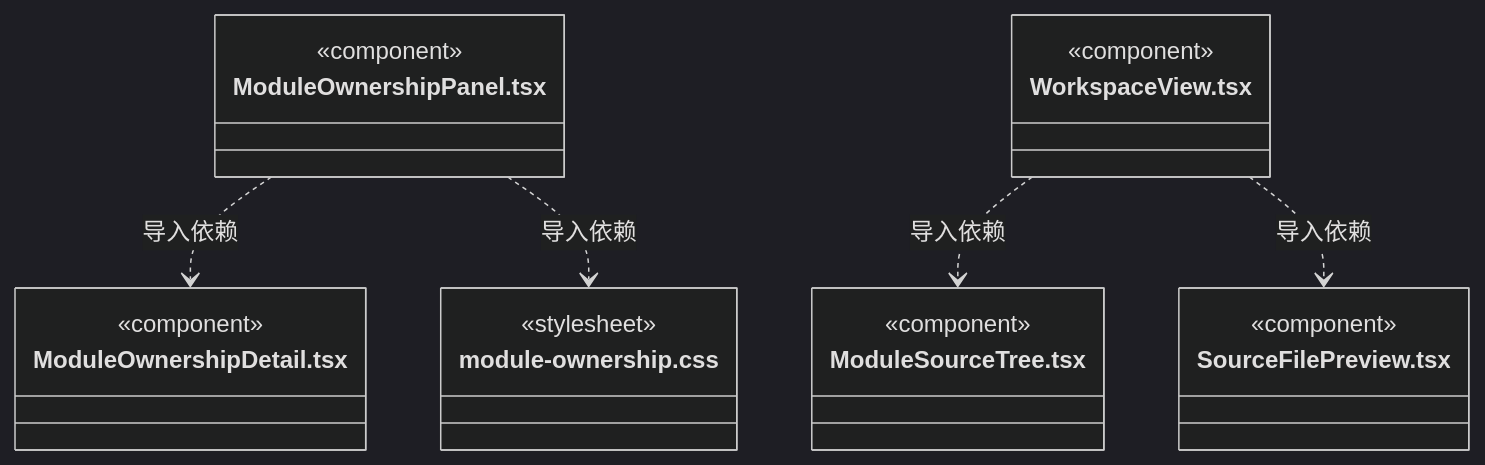
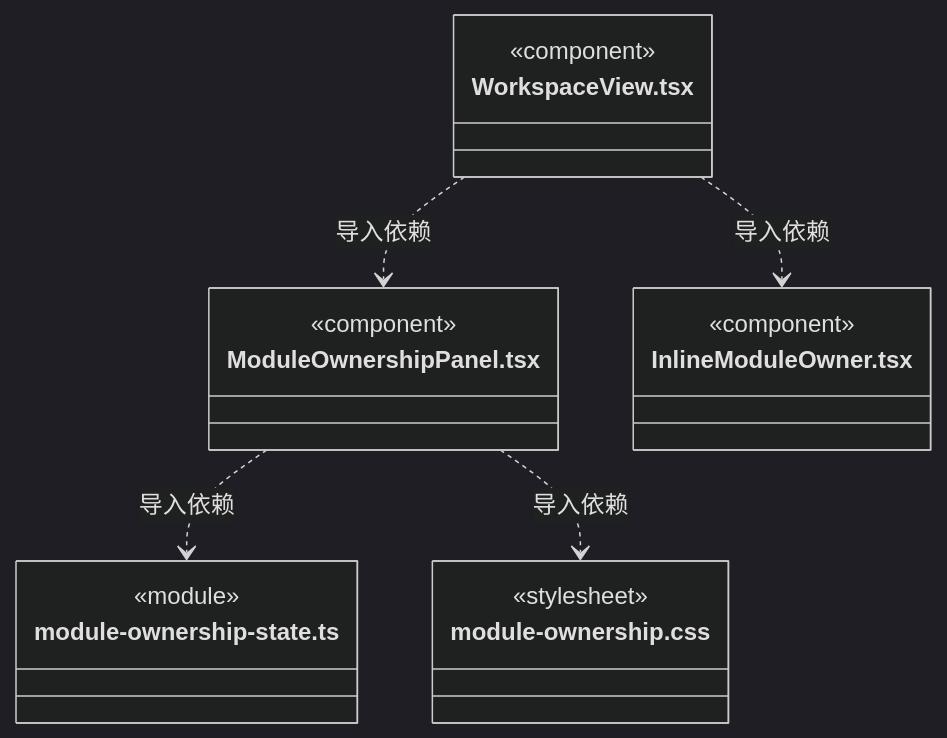
Diagram 19 of 20 in src/view/workspace/ARCHITECTURE.md (nan023062/cbim), drawn with Mermaid (dark theme) before and after one commit. The commit also changed other lines of this file and 112 other files, not shown here.

Commit message:
docs: align source architecture with current declarations and contracts

````diff
--- a/src/view/workspace/ARCHITECTURE.md
+++ b/src/view/workspace/ARCHITECTURE.md
@@ -486,25 +489,22 @@
 ```mermaid
 classDiagram
 class N_src_view_workspace_ModuleOwnershipPanel_tsx["ModuleOwnershipPanel.tsx"] {
   <<component>>
 }
-class N_src_view_workspace_ModuleOwnershipDetail_tsx["ModuleOwnershipDetail.tsx"] {
-  <<component>>
+class N_src_view_workspace_module_ownership_state_ts["module-ownership-state.ts"] {
+  <<module>>
 }
 class N_src_view_workspace_module_ownership_css["module-ownership.css"] {
   <<stylesheet>>
 }
 class N_src_view_workspace_WorkspaceView_tsx["WorkspaceView.tsx"] {
   <<component>>
 }
-class N_src_view_workspace_ModuleSourceTree_tsx["ModuleSourceTree.tsx"] {
+class N_src_view_workspace_InlineModuleOwner_tsx["InlineModuleOwner.tsx"] {
   <<component>>
 }
-class N_src_view_workspace_SourceFilePreview_tsx["SourceFilePreview.tsx"] {
-  <<component>>
-}
-N_src_view_workspace_ModuleOwnershipPanel_tsx ..> N_src_view_workspace_ModuleOwnershipDetail_tsx : 导入依赖
+N_src_view_workspace_ModuleOwnershipPanel_tsx ..> N_src_view_workspace_module_ownership_state_ts : 导入依赖
 N_src_view_workspace_ModuleOwnershipPanel_tsx ..> N_src_view_workspace_module_ownership_css : 导入依赖
-N_src_view_workspace_WorkspaceView_tsx ..> N_src_view_workspace_ModuleSourceTree_tsx : 导入依赖
-N_src_view_workspace_WorkspaceView_tsx ..> N_src_view_workspace_SourceFilePreview_tsx : 导入依赖
+N_src_view_workspace_WorkspaceView_tsx ..> N_src_view_workspace_InlineModuleOwner_tsx : 导入依赖
+N_src_view_workspace_WorkspaceView_tsx ..> N_src_view_workspace_ModuleOwnershipPanel_tsx : 导入依赖
 ```
````
